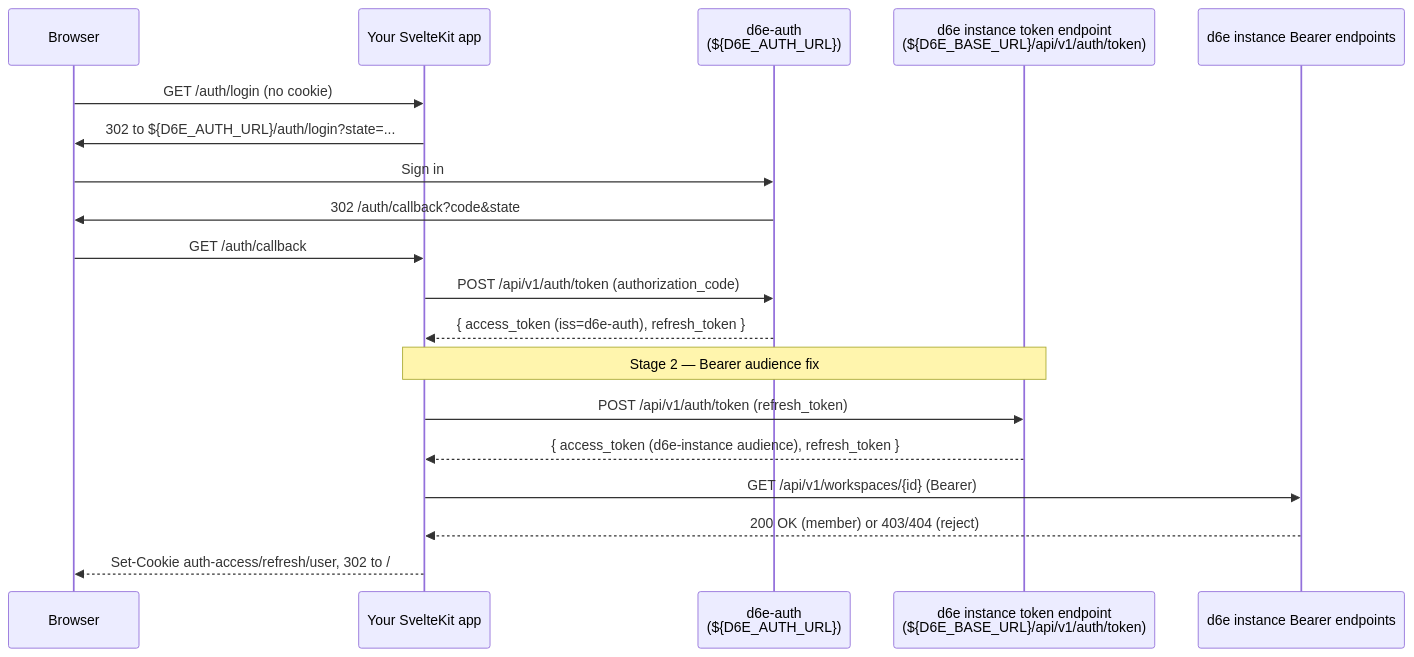
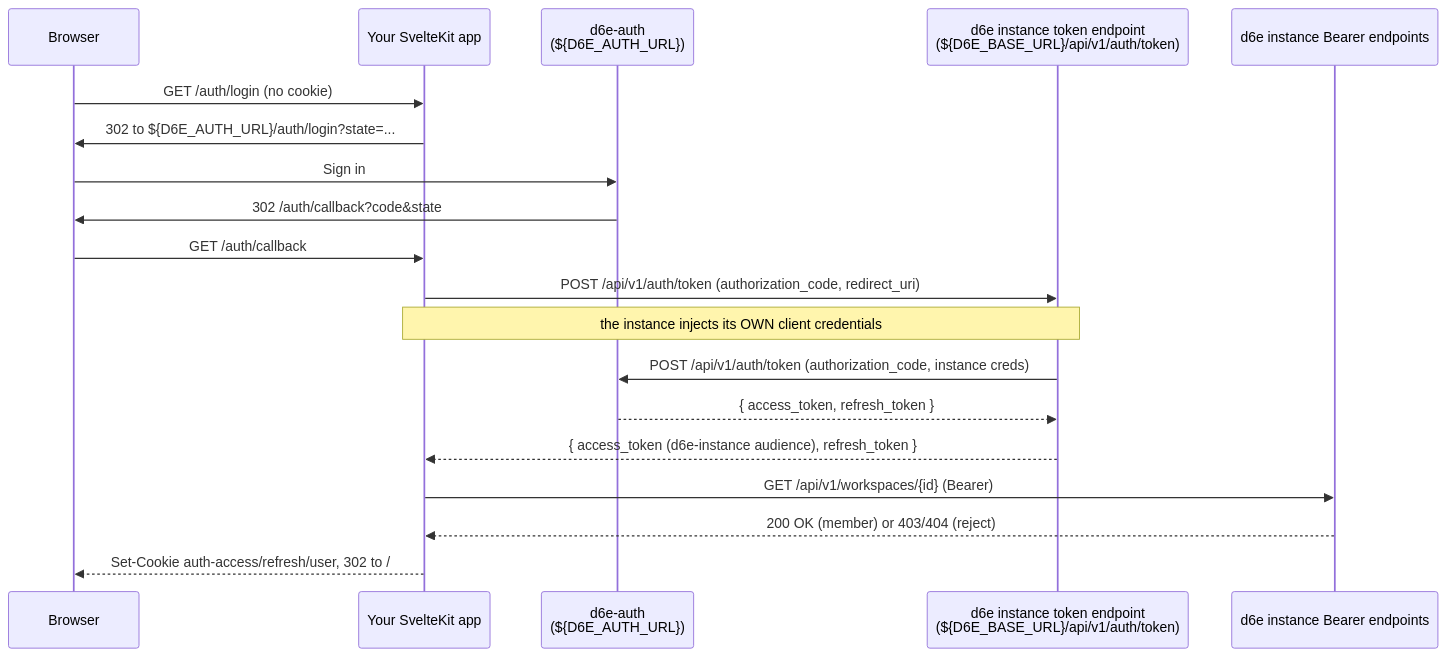
Before and after one commit to d6e-ai/d6e-ai-keiri-example: the diagram in skills/d6e-auth-integration/SKILL.md, drawn with Mermaid. The commit also changed other lines of this file and 12 other files, not shown here.

First line of the commit message:
Switch end-user login to instance-brokered token exchange

````diff
--- a/skills/d6e-auth-integration/SKILL.md
+++ b/skills/d6e-auth-integration/SKILL.md
@@ -49,22 +51,22 @@
 ```mermaid
 sequenceDiagram
     participant Browser
     participant App as Your SvelteKit app
     participant Auth as d6e-auth<br/>(${D6E_AUTH_URL})
     participant Token as d6e instance token endpoint<br/>(${D6E_BASE_URL}/api/v1/auth/token)
     participant Api as d6e instance Bearer endpoints
 
     Browser->>App: GET /auth/login (no cookie)
     App->>Browser: 302 to ${D6E_AUTH_URL}/auth/login?state=...
     Browser->>Auth: Sign in
     Auth->>Browser: 302 /auth/callback?code&state
     Browser->>App: GET /auth/callback
-    App->>Auth: POST /api/v1/auth/token (authorization_code)
-    Auth-->>App: { access_token (iss=d6e-auth), refresh_token }
-    Note over App,Token: Stage 2 — Bearer audience fix
-    App->>Token: POST /api/v1/auth/token (refresh_token)
+    App->>Token: POST /api/v1/auth/token (authorization_code, redirect_uri)
+    Note over App,Token: the instance injects its OWN client credentials
+    Token->>Auth: POST /api/v1/auth/token (authorization_code, instance creds)
+    Auth-->>Token: { access_token, refresh_token }
     Token-->>App: { access_token (d6e-instance audience), refresh_token }
     App->>Api: GET /api/v1/workspaces/{id} (Bearer)
     Api-->>App: 200 OK (member) or 403/404 (reject)
     App-->>Browser: Set-Cookie auth-access/refresh/user, 302 to /
 ```
````
